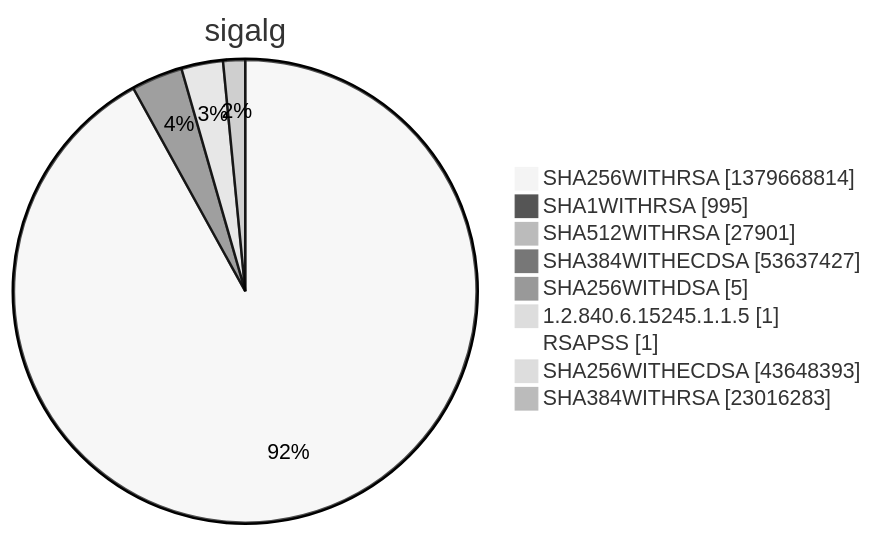
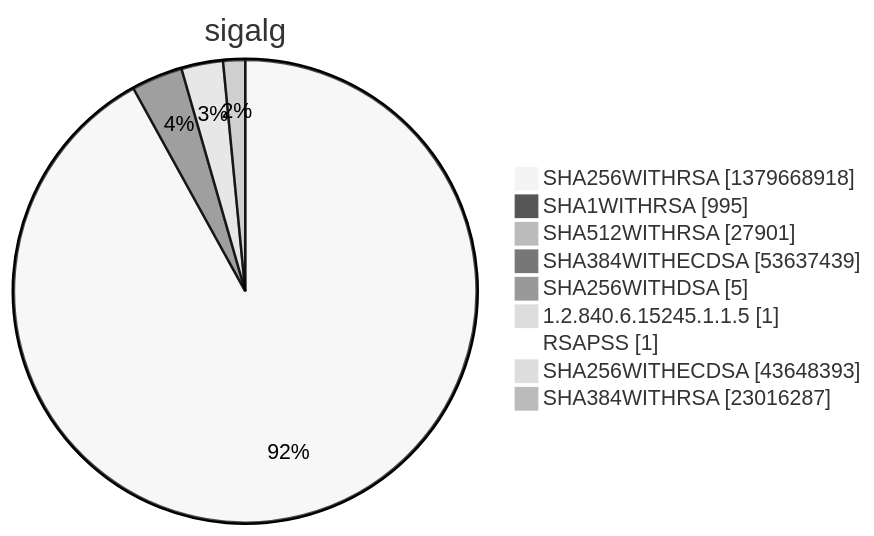
One commit to christiankrug/ctmonitor_visualization changed diagram 15 of 15 in xenon2022/README.md. Above: the diagram before and after it, drawn with Mermaid (neutral theme). The commit also changed other lines of this file, not shown here.

````diff
--- a/xenon2022/README.md
+++ b/xenon2022/README.md
@@ -5852,13 +5852,13 @@
 ```mermaid
 pie showData
 title sigalg
-"SHA256WITHRSA" :1379668814
+"SHA256WITHRSA" :1379668918
 "SHA1WITHRSA" :995
 "SHA512WITHRSA" :27901
-"SHA384WITHECDSA" :53637427
+"SHA384WITHECDSA" :53637439
 "SHA256WITHDSA" :5
 "1.2.840.6.15245.1.1.5" :1
 "RSAPSS" :1
 "SHA256WITHECDSA" :43648393
-"SHA384WITHRSA" :23016283
+"SHA384WITHRSA" :23016287
 ```
````
